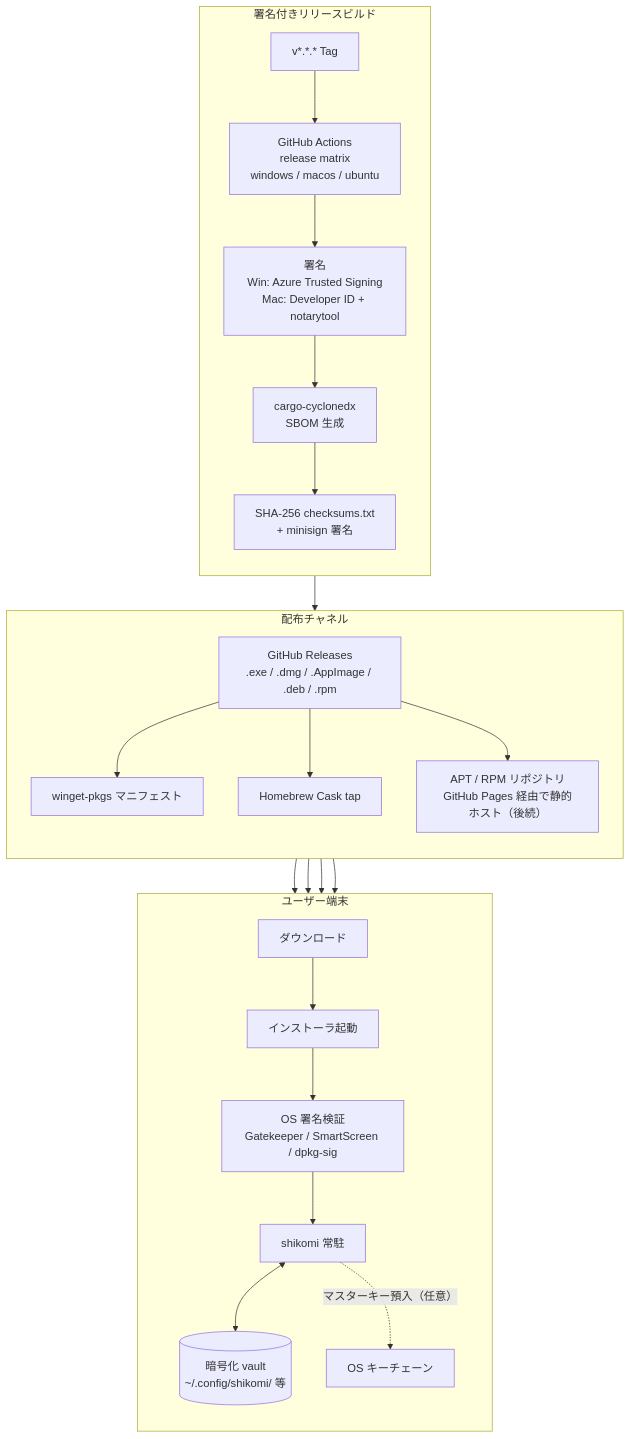
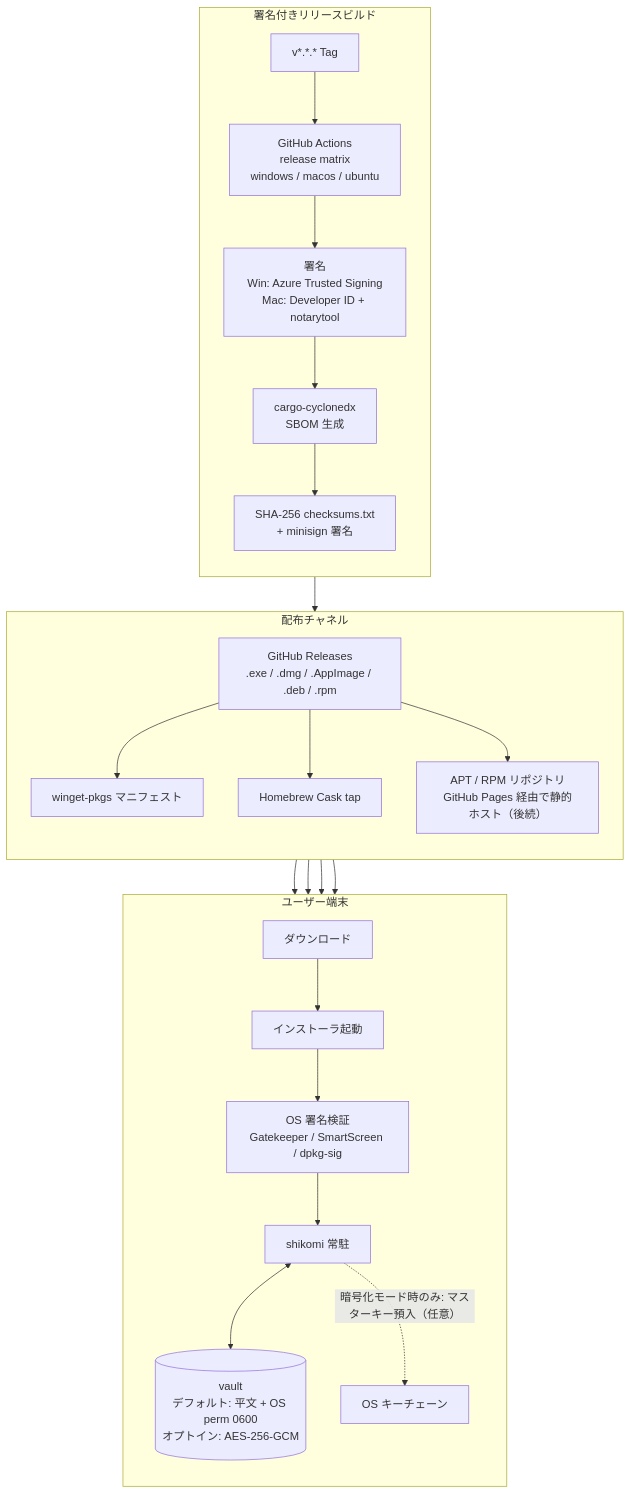
The first of 2 diagrams in docs/architecture/production.md (shikomi-dev/shikomi), drawn with Mermaid before and after one commit. The commit also changed other lines of this file and 3 other files, not shown here.

First line of the commit message:
docs(architecture): vault 保護のデフォルトを平文化、暗号化をオプトインに変更

````diff
--- a/docs/architecture/production.md
+++ b/docs/architecture/production.md
@@ -9,41 +9,41 @@
 ```mermaid
 flowchart TB
     subgraph Build[署名付きリリースビルド]
         direction TB
         Tag[v*.*.* Tag]
         Matrix[GitHub Actions<br/>release matrix<br/>windows / macos / ubuntu]
         Sign[署名<br/>Win: Azure Trusted Signing<br/>Mac: Developer ID + notarytool]
         SBOM[cargo-cyclonedx<br/>SBOM 生成]
         Checksum[SHA-256 checksums.txt<br/>+ minisign 署名]
     end
 
     subgraph Channels[配布チャネル]
         direction TB
         GHRel[GitHub Releases<br/>.exe / .dmg / .AppImage / .deb / .rpm]
         Winget[winget-pkgs マニフェスト]
         Brew[Homebrew Cask tap]
         Apt[APT / RPM リポジトリ<br/>GitHub Pages 経由で静的ホスト（後続）]
     end
 
     subgraph User[ユーザー端末]
         direction TB
         DL[ダウンロード]
         Install[インストーラ起動]
         OSVerify[OS 署名検証<br/>Gatekeeper / SmartScreen / dpkg-sig]
         App[shikomi 常駐]
         Keychain[OS キーチェーン]
-        Vault[(暗号化 vault<br/>~/.config/shikomi/ 等)]
+        Vault[(vault<br/>デフォルト: 平文 + OS perm 0600<br/>オプトイン: AES-256-GCM)]
     end
 
     Tag --> Matrix --> Sign --> SBOM --> Checksum --> GHRel
     GHRel --> Winget
     GHRel --> Brew
     GHRel --> Apt
     Winget --> DL
     Brew --> DL
     Apt --> DL
     GHRel --> DL
     DL --> Install --> OSVerify --> App
     App <--> Vault
-    App -. マスターキー預入（任意） .-> Keychain
+    App -. 暗号化モード時のみ: マスターキー預入（任意） .-> Keychain
 ```
````
